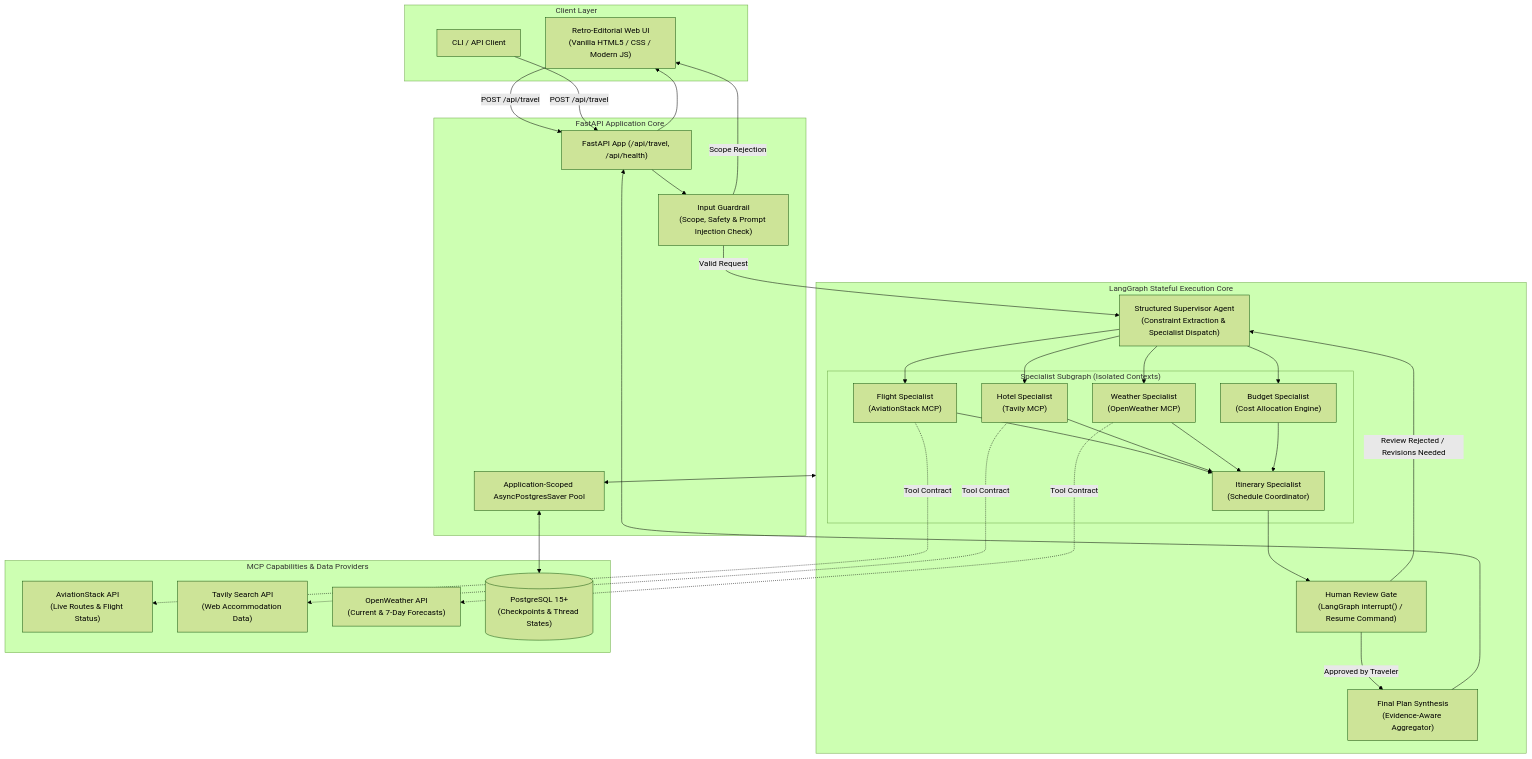
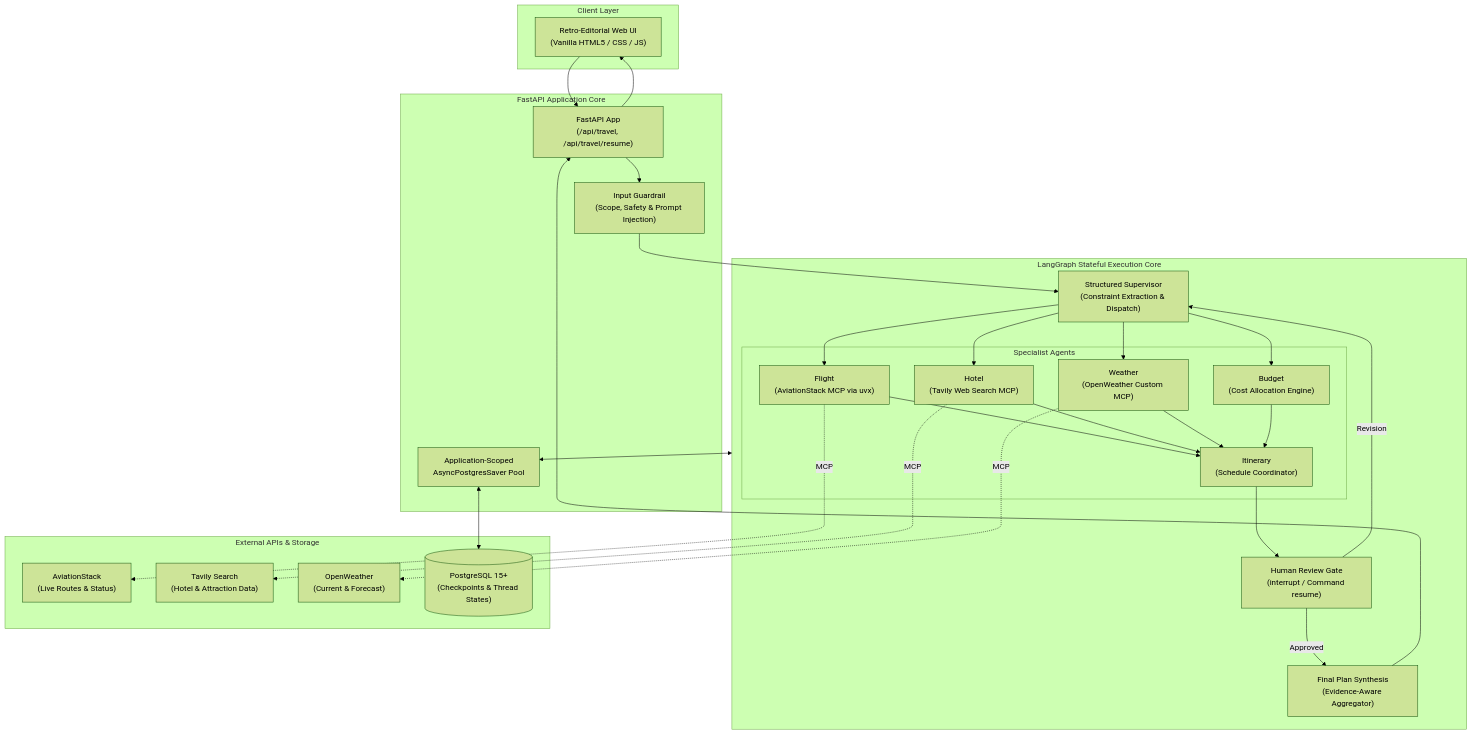
Before and after one commit to tusharg007/TripBandhu: the diagram in README.md, drawn with Mermaid (forest theme). The commit also changed other lines of this file, not shown here.

````diff
--- a/README.md
+++ b/README.md
@@ -53,57 +55,42 @@
 ```mermaid
 flowchart TB
     subgraph ClientLayer ["Client Layer"]
-        UI["Retro-Editorial Web UI<br/>(Vanilla HTML5 / CSS / Modern JS)"]
-        CLI["CLI / API Client"]
+        UI["Retro-Editorial Web UI\n(Vanilla HTML5 / CSS / JS)"]
     end
 
     subgraph FastAPILayer ["FastAPI Application Core"]
-        API["FastAPI App (/api/travel, /api/health)"]
-        Guard["Input Guardrail<br/>(Scope, Safety & Prompt Injection Check)"]
-        Pool["Application-Scoped AsyncPostgresSaver Pool"]
+        API["FastAPI App\n(/api/travel, /api/travel/resume)"]
+        Guard["Input Guardrail\n(Scope, Safety & Prompt Injection)"]
+        Pool["Application-Scoped\nAsyncPostgresSaver Pool"]
     end
 
     subgraph LangGraphCore ["LangGraph Stateful Execution Core"]
-        Supervisor["Structured Supervisor Agent<br/>(Constraint Extraction & Specialist Dispatch)"]
-
-        subgraph SpecialistSubgraph ["Specialist Subgraph (Isolated Contexts)"]
-            Flight["Flight Specialist<br/>(AviationStack MCP)"]
-            Hotel["Hotel Specialist<br/>(Tavily MCP)"]
-            Weather["Weather Specialist<br/>(OpenWeather MCP)"]
-            Budget["Budget Specialist<br/>(Cost Allocation Engine)"]
-            Itinerary["Itinerary Specialist<br/>(Schedule Coordinator)"]
+        Supervisor["Structured Supervisor\n(Constraint Extraction & Dispatch)"]
+        subgraph Specialists ["Specialist Agents"]
+            Flight["Flight\n(AviationStack MCP via uvx)"]
+            Hotel["Hotel\n(Tavily Web Search MCP)"]
+            Weather["Weather\n(OpenWeather Custom MCP)"]
+            Budget["Budget\n(Cost Allocation Engine)"]
+            Itinerary["Itinerary\n(Schedule Coordinator)"]
         end
-
-        HITL["Human Review Gate<br/>(LangGraph interrupt() / Resume Command)"]
-        Synthesis["Final Plan Synthesis<br/>(Evidence-Aware Aggregator)"]
+        HITL["Human Review Gate\n(interrupt / Command resume)"]
+        Synthesis["Final Plan Synthesis\n(Evidence-Aware Aggregator)"]
     end
 
-    subgraph ExternalServices ["MCP Capabilities & Data Providers"]
-        MCP_Flight["AviationStack API<br/>(Live Routes & Flight Status)"]
-        MCP_Hotel["Tavily Search API<br/>(Web Accommodation Data)"]
-        MCP_Weather["OpenWeather API<br/>(Current & 7-Day Forecasts)"]
-        PostgresDB[("PostgreSQL 15+<br/>(Checkpoints & Thread States)")]
+    subgraph External ["External APIs & Storage"]
+        AS["AviationStack\n(Live Routes & Status)"]
+        TV["Tavily Search\n(Hotel & Attraction Data)"]
+        OW["OpenWeather\n(Current & Forecast)"]
+        PG[("PostgreSQL 15+\n(Checkpoints & Thread States)")]
     end
 
-    UI -->|POST /api/travel| API
-    CLI -->|POST /api/travel| API
-    API --> Guard
-    Guard -->|Valid Request| Supervisor
-    Guard -->|Scope Rejection| UI
-
-    Supervisor --> Flight & Hotel & Weather & Budget
-    Flight & Hotel & Weather & Budget --> Itinerary
-    Itinerary --> HITL
-
-    HITL -->|Review Rejected / Revisions Needed| Supervisor
-    HITL -->|Approved by Traveler| Synthesis
-    Synthesis --> API
-    API --> UI
-
-    Flight -.->|Tool Contract| MCP_Flight
-    Hotel -.->|Tool Contract| MCP_Hotel
-    Weather -.->|Tool Contract| MCP_Weather
-
-    Pool <--> PostgresDB
+    UI --> API --> Guard --> Supervisor
+    Supervisor --> Flight & Hotel & Weather & Budget --> Itinerary --> HITL
+    HITL -->|Approved| Synthesis --> API --> UI
+    HITL -->|Revision| Supervisor
+    Flight -.->|MCP| AS
+    Hotel -.->|MCP| TV
+    Weather -.->|MCP| OW
+    Pool <--> PG
     LangGraphCore <--> Pool
 ```
````
